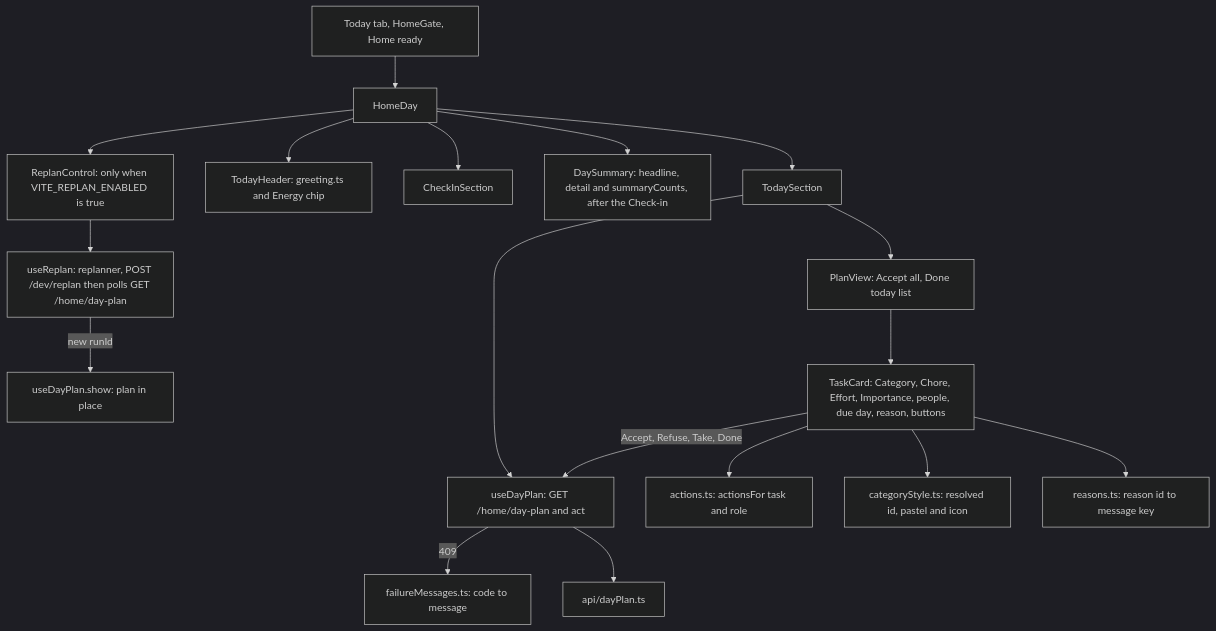
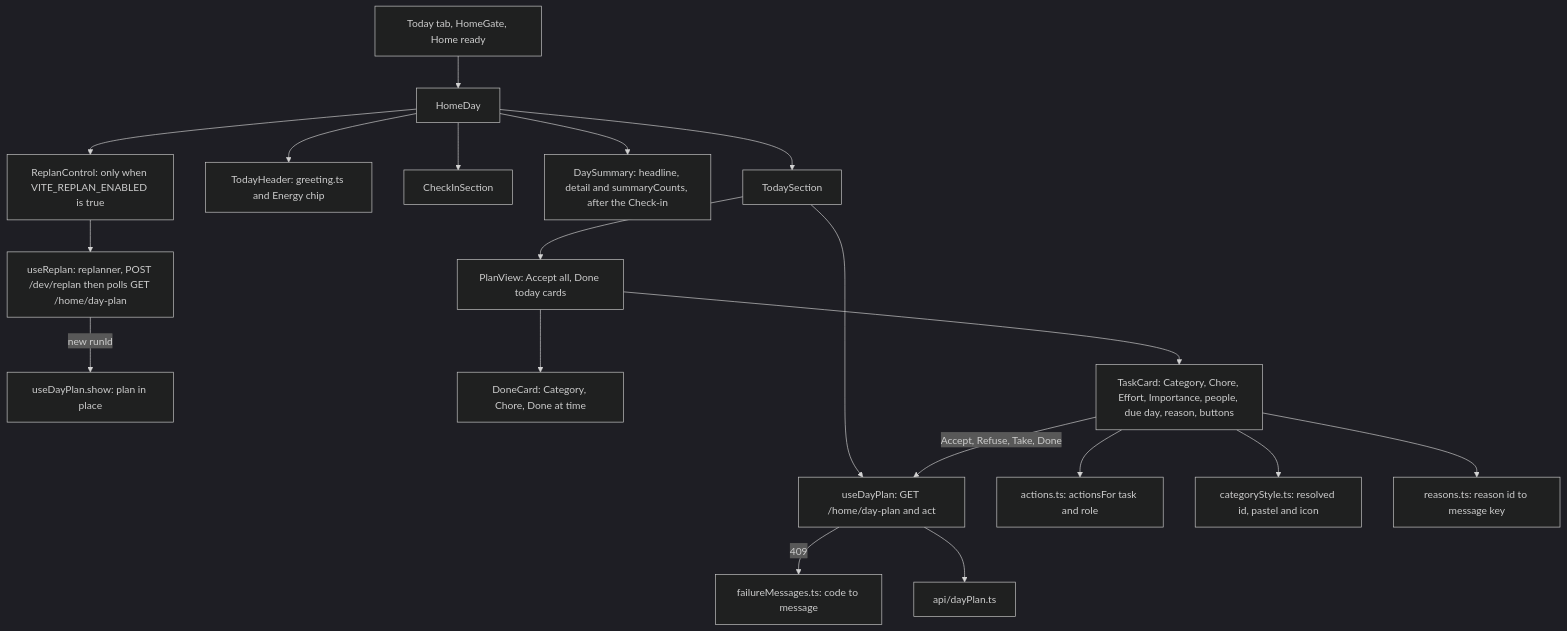
The eighth of 10 diagrams in docs/architecture/web.md (AbnerWillclefy/Homeowner), drawn with Mermaid (dark theme) before and after one commit. The commit also changed other lines of this file, not shown here.

Commit message:
docs(architecture): describe the done today cards

````diff
--- a/docs/architecture/web.md
+++ b/docs/architecture/web.md
@@ -354,20 +354,21 @@
 ```mermaid
 flowchart TD
     HS[Today tab, HomeGate, Home ready] --> HD[HomeDay]
     HD --> RC[ReplanControl: only when VITE_REPLAN_ENABLED is true]
     RC --> UR[useReplan: replanner, POST /dev/replan then polls GET /home/day-plan]
     UR -->|new runId| SHOW[useDayPlan.show: plan in place]
     HD --> TH[TodayHeader: greeting.ts and Energy chip]
     HD --> CI[CheckInSection]
     HD --> DS[DaySummary: headline, detail and summaryCounts, after the Check-in]
     HD --> TS[TodaySection]
     TS --> UD[useDayPlan: GET /home/day-plan and act]
-    TS --> PV[PlanView: Accept all, Done today list]
+    TS --> PV[PlanView: Accept all, Done today cards]
+    PV --> DC[DoneCard: Category, Chore, Done at time]
     PV --> TC[TaskCard: Category, Chore, Effort, Importance, people, due day, reason, buttons]
     TC --> AC[actions.ts: actionsFor task and role]
     TC -->|Accept, Refuse, Take, Done| UD
     UD -->|409| FM[failureMessages.ts: code to message]
     TC --> CS[categoryStyle.ts: resolved id, pastel and icon]
     TC --> R[reasons.ts: reason id to message key]
     UD --> API[api/dayPlan.ts]
 ```
````
